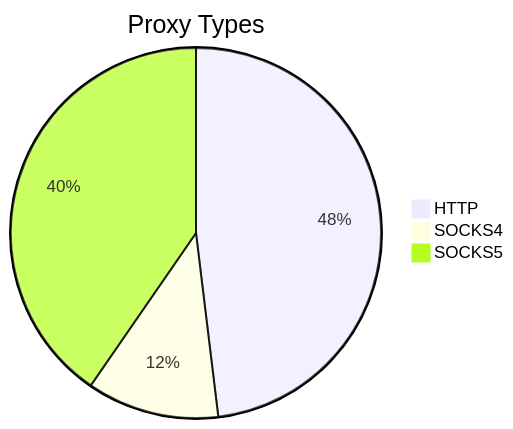
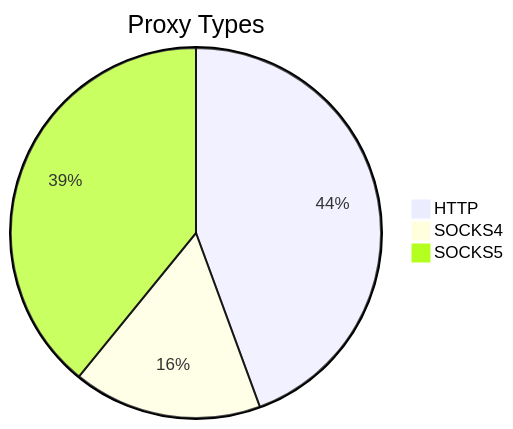
The first of 2 diagrams in README.md (stormsia/proxy-list), drawn with Mermaid before and after one commit. The commit also changed other lines of this file, not shown here.

````diff
--- a/README.md
+++ b/README.md
@@ -21,6 +21,6 @@
 ```mermaid
 pie title Proxy Types
-    "HTTP" : 175
-    "SOCKS4" : 42
-    "SOCKS5" : 147
+    "HTTP" : 210
+    "SOCKS4" : 78
+    "SOCKS5" : 185
 ```
````
